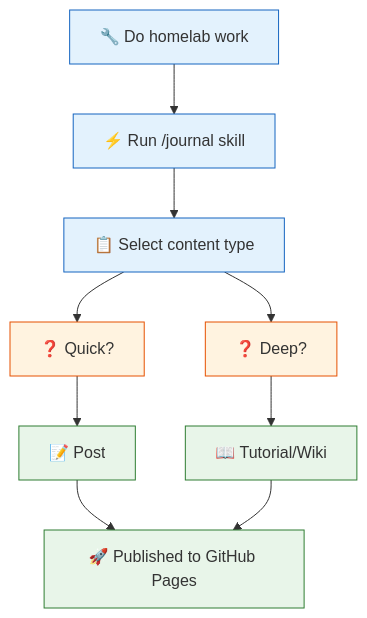
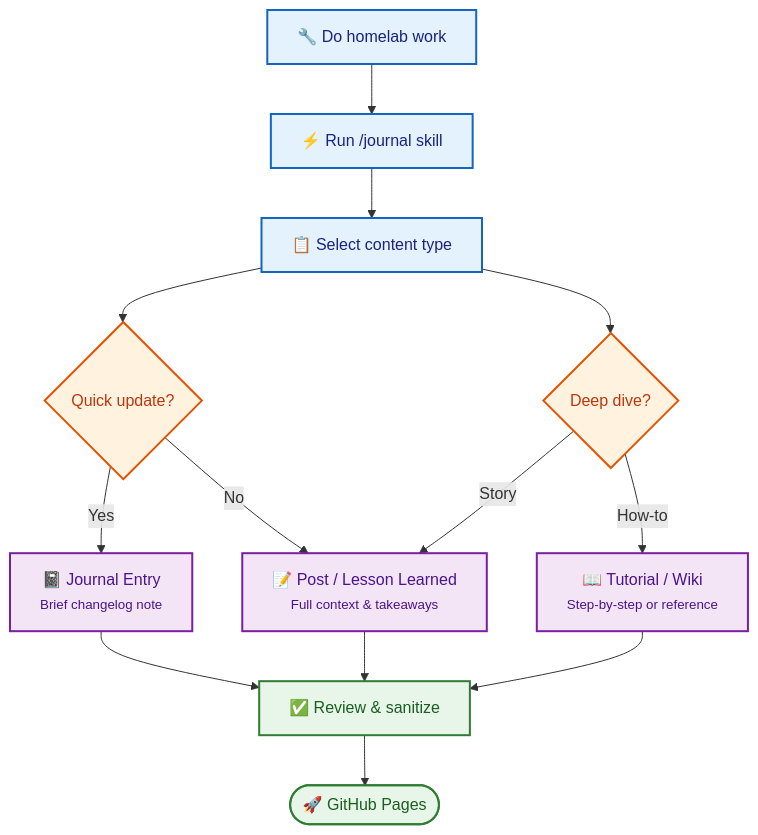
One commit to mareox/homelab-journal changed the third of 3 diagrams in content/wiki/automation/homelab-journal-architecture.md. Above: the diagram before and after it, drawn with Mermaid. The commit also changed 1 other file, not shown here.

Commit message:
fix: resolve markdown formatting issues across blog posts
- Convert `graph TB` to `flowchart TB` in architecture mermaid diagram
- Improve content creation workflow diagram with decision nodes and review step
- Update mermaid shortcode for better rendering

```diff
--- a/content/wiki/automation/homelab-journal-architecture.md
+++ b/content/wiki/automation/homelab-journal-architecture.md
@@ -99,27 +99,35 @@
 {{< mermaid >}}
 flowchart TB
     WORK["🔧 Do homelab work"]
     SKILL["⚡ Run /journal skill"]
     SELECT["📋 Select content type"]
-    QUICK["❓ Quick?"]
-    DEEP["❓ Deep?"]
-    POST["📝 Post"]
-    TUT["📖 Tutorial/Wiki"]
-    PUBLISH["🚀 Published to GitHub Pages"]
+    QUICK{"Quick update?"}
+    DEEP{"Deep dive?"}
+    JOURNAL["📓 Journal Entry<br/><small>Brief changelog note</small>"]
+    POST["📝 Post / Lesson Learned<br/><small>Full context & takeaways</small>"]
+    TUT["📖 Tutorial / Wiki<br/><small>Step-by-step or reference</small>"]
+    REVIEW["✅ Review & sanitize"]
+    PUBLISH(["🚀 GitHub Pages"])
 
     WORK --> SKILL --> SELECT
     SELECT --> QUICK
     SELECT --> DEEP
-    QUICK --> POST
-    DEEP --> TUT
-    POST --> PUBLISH
-    TUT --> PUBLISH
+    QUICK -- "Yes" --> JOURNAL
+    QUICK -- "No" --> POST
+    DEEP -- "How-to" --> TUT
+    DEEP -- "Story" --> POST
+    JOURNAL --> REVIEW
+    POST --> REVIEW
+    TUT --> REVIEW
+    REVIEW --> PUBLISH
 
-    classDef process fill:#e3f2fd,stroke:#1565c0
-    classDef decision fill:#fff3e0,stroke:#e65100
-    classDef output fill:#e8f5e9,stroke:#2e7d32
+    classDef process fill:#e3f2fd,stroke:#1565c0,stroke-width:2px,color:#1a237e
+    classDef decision fill:#fff3e0,stroke:#e65100,stroke-width:2px,color:#bf360c
+    classDef content fill:#f3e5f5,stroke:#7b1fa2,stroke-width:2px,color:#4a148c
+    classDef output fill:#e8f5e9,stroke:#2e7d32,stroke-width:2px,color:#1b5e20
 
     class WORK,SKILL,SELECT process
     class QUICK,DEEP decision
-    class POST,TUT,PUBLISH output
+    class JOURNAL,POST,TUT content
+    class REVIEW,PUBLISH output
 {{< /mermaid >}}
```
